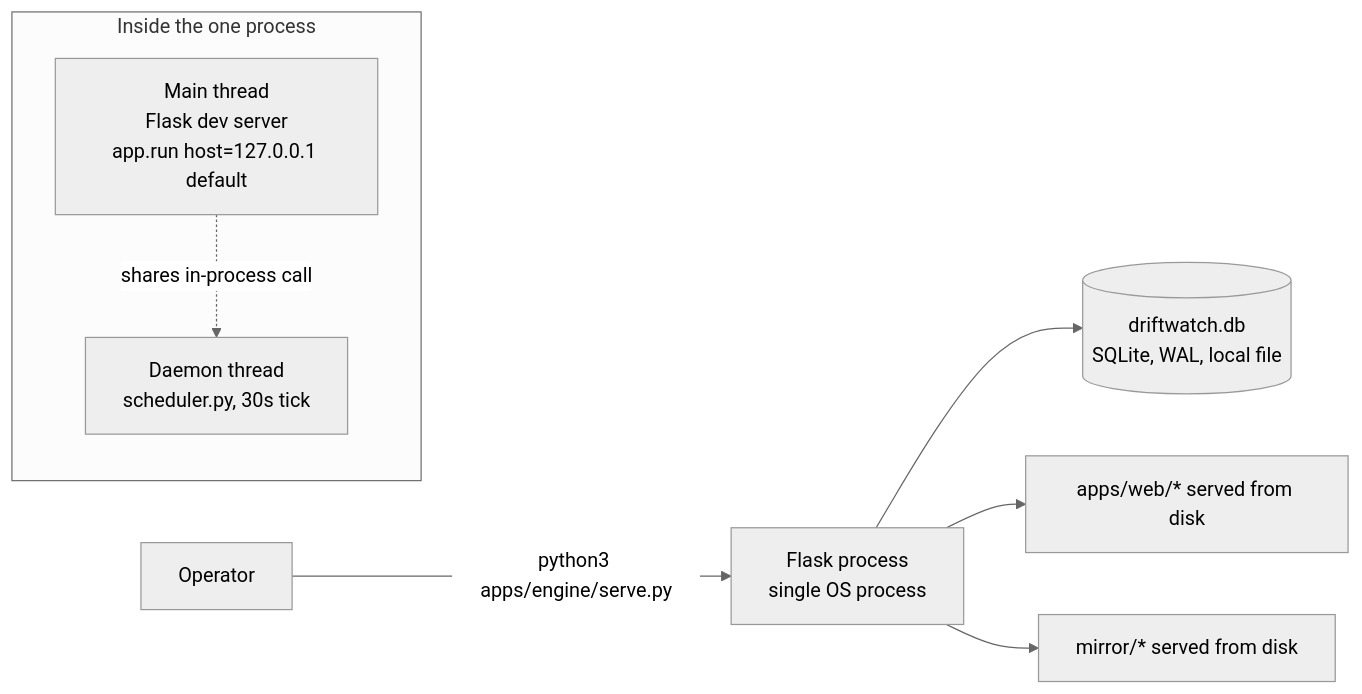
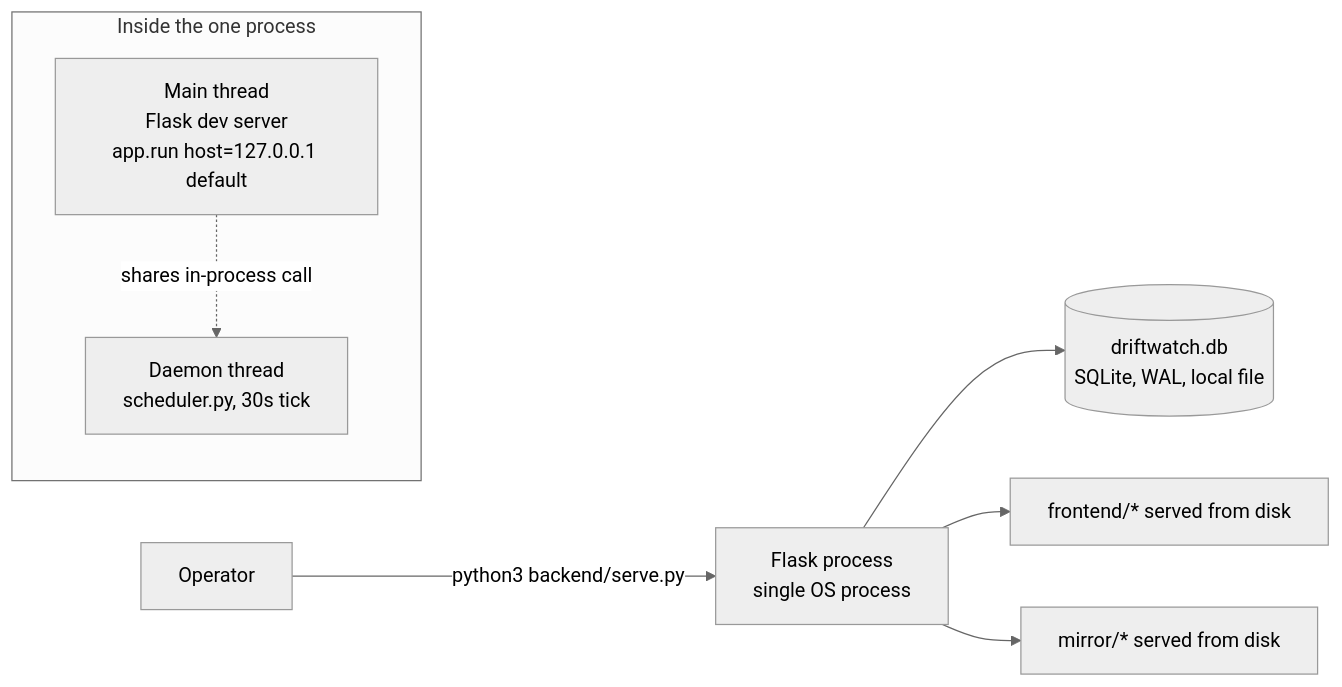
Before and after one commit to Hydra-Of-Malice/Driftwatch: the diagram in docs/08_Deployment/Deployment_Architecture.md, drawn with Mermaid (neutral theme). The commit also changed other lines of this file and 31 other files, not shown here.

````diff
--- a/docs/08_Deployment/Deployment_Architecture.md
+++ b/docs/08_Deployment/Deployment_Architecture.md
@@ -11,13 +11,13 @@
 ```mermaid
 flowchart LR
-  DEV[Operator] -->|python3 apps/engine/serve.py| PROC[Flask process<br/>single OS process]
+  DEV[Operator] -->|python3 backend/serve.py| PROC[Flask process<br/>single OS process]
   subgraph PROC_detail[Inside the one process]
     direction TB
     MAIN[Main thread<br/>Flask dev server<br/>app.run host=127.0.0.1 default]
     SCHED[Daemon thread<br/>scheduler.py, 30s tick]
     MAIN -.shares in-process call.-> SCHED
   end
   PROC --> DB[(driftwatch.db<br/>SQLite, WAL, local file)]
-  PROC --> STATIC[apps/web/* served from disk]
+  PROC --> STATIC[frontend/* served from disk]
   PROC --> MIRROR[mirror/* served from disk]
 ```
````
